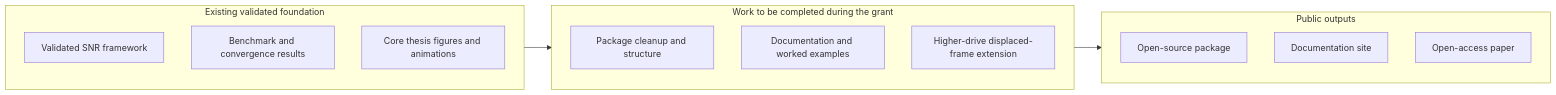
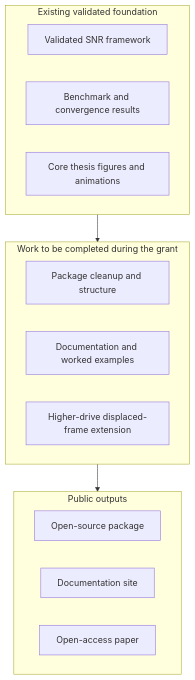
Before and after one commit to ziaahmed812/qubit-readout-repo: the first of 2 diagrams in README.md, drawn with Mermaid.

Commit message:
Arrange grant-status overview as three stages

````diff
--- a/README.md
+++ b/README.md
@@ -34,25 +34,25 @@
 ```mermaid
-flowchart LR
+flowchart TB
     subgraph A["Existing validated foundation"]
-        direction TB
+        direction LR
         A1[Validated SNR framework]
         A2[Benchmark and convergence results]
         A3[Core thesis figures and animations]
     end
 
     subgraph B["Work to be completed during the grant"]
-        direction TB
+        direction LR
         B1[Package cleanup and structure]
         B2[Documentation and worked examples]
         B3[Higher-drive displaced-frame extension]
     end
 
     subgraph C["Public outputs"]
-        direction TB
+        direction LR
         C1[Open-source package]
         C2[Documentation site]
         C3[Open-access paper]
     end
 
     A --> B --> C
 ```
````
